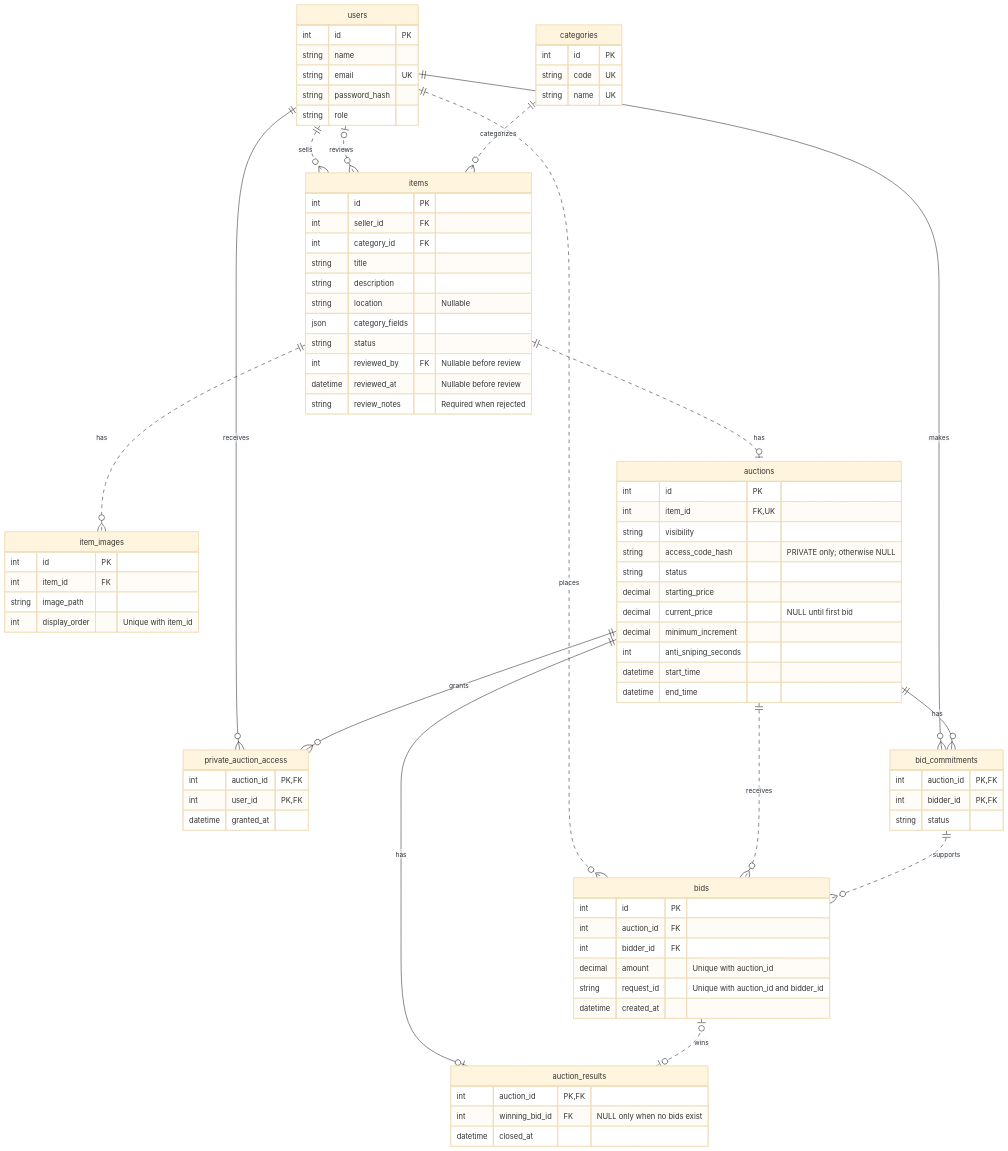
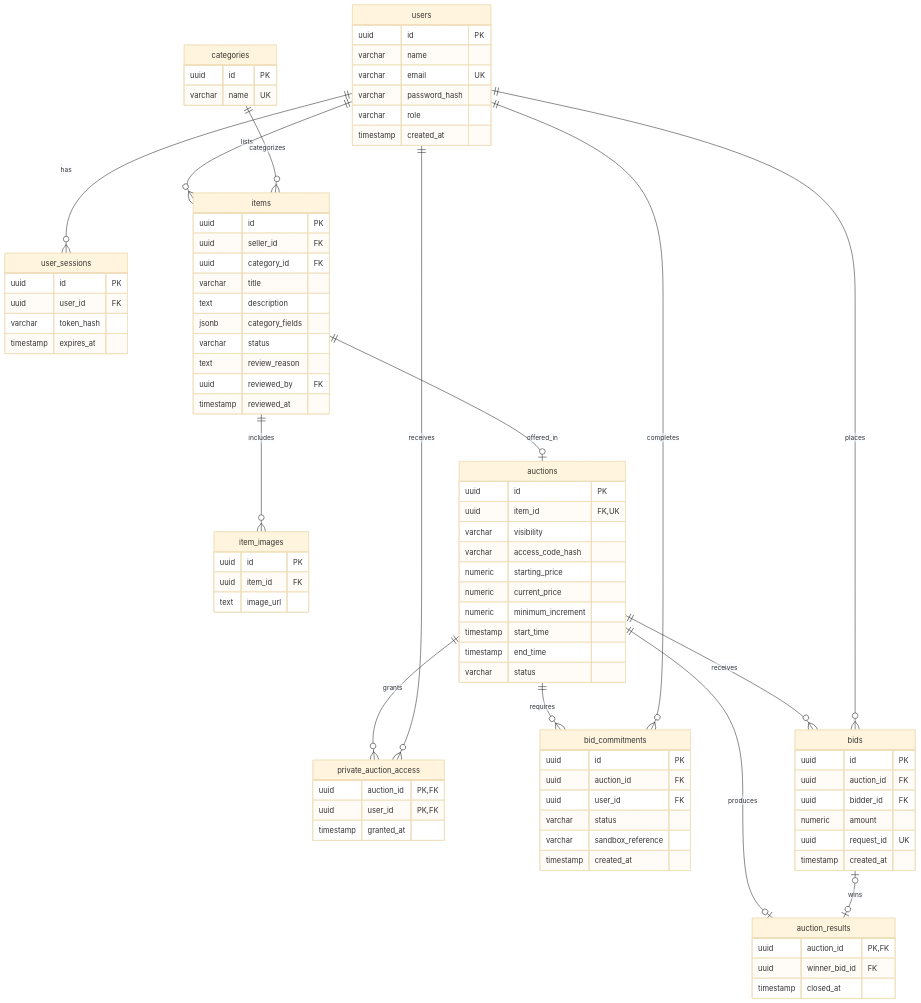
One commit to ghadi0alzhrani0/testing-mz changed the third of 8 diagrams in Stage_3/Report.MD. Above: the diagram before and after it, drawn with Mermaid (base theme). The commit also changed other lines of this file, not shown here.

````diff
--- a/Stage_3/Report.MD
+++ b/Stage_3/Report.MD
@@ -274,85 +187,99 @@
 ```mermaid
 erDiagram
     users {
-        int id PK
-        string name
-        string email UK
-        string password_hash
-        string role
-    }
-    categories {
-        int id PK
-        string code UK
-        string name UK
-    }
-    items {
-        int id PK
-        int seller_id FK
-        int category_id FK
-        string title
-        string description
-        string location "Nullable"
-        json category_fields
-        string status
-        int reviewed_by FK "Nullable before review"
-        datetime reviewed_at "Nullable before review"
-        string review_notes "Required when rejected"
-    }
-    item_images {
-        int id PK
-        int item_id FK
-        string image_path
-        int display_order "Unique with item_id"
-    }
-    auctions {
-        int id PK
-        int item_id FK, UK
-        string visibility
-        string access_code_hash "PRIVATE only; otherwise NULL"
-        string status
-        decimal starting_price
-        decimal current_price "NULL until first bid"
-        decimal minimum_increment
-        int anti_sniping_seconds
-        datetime start_time
-        datetime end_time
-    }
-    private_auction_access {
-        int auction_id PK, FK
-        int user_id PK, FK
-        datetime granted_at
-    }
-    bid_commitments {
-        int auction_id PK, FK
-        int bidder_id PK, FK
-        string status
-    }
-    bids {
-        int id PK
-        int auction_id FK
-        int bidder_id FK
-        decimal amount "Unique with auction_id"
-        string request_id "Unique with auction_id and bidder_id"
-        datetime created_at
-    }
-    auction_results {
-        int auction_id PK, FK
-        int winning_bid_id FK "NULL only when no bids exist"
-        datetime closed_at
+        uuid id PK
+        varchar name
+        varchar email UK
+        varchar password_hash
+        varchar role
+        timestamp created_at
     }
 
-    users ||..o{ items : sells
-    users |o..o{ items : reviews
-    categories ||..o{ items : categorizes
-    items ||..o{ item_images : has
-    items ||..o| auctions : has
+    user_sessions {
+        uuid id PK
+        uuid user_id FK
+        varchar token_hash
+        timestamp expires_at
+    }
+
+    categories {
+        uuid id PK
+        varchar name UK
+    }
+
+    items {
+        uuid id PK
+        uuid seller_id FK
+        uuid category_id FK
+        varchar title
+        text description
+        jsonb category_fields
+        varchar status
+        text review_reason
+        uuid reviewed_by FK
+        timestamp reviewed_at
+    }
+
+    item_images {
+        uuid id PK
+        uuid item_id FK
+        text image_url
+    }
+
+    auctions {
+        uuid id PK
+        uuid item_id FK,UK
+        varchar visibility
+        varchar access_code_hash
+        numeric starting_price
+        numeric current_price
+        numeric minimum_increment
+        timestamp start_time
+        timestamp end_time
+        varchar status
+    }
+
+    private_auction_access {
+        uuid auction_id PK,FK
+        uuid user_id PK,FK
+        timestamp granted_at
+    }
+
+    bid_commitments {
+        uuid id PK
+        uuid auction_id FK
+        uuid user_id FK
+        varchar status
+        varchar sandbox_reference
+        timestamp created_at
+    }
+
+    bids {
+        uuid id PK
+        uuid auction_id FK
+        uuid bidder_id FK
+        numeric amount
+        uuid request_id UK
+        timestamp created_at
+    }
+
+    auction_results {
+        uuid auction_id PK,FK
+        uuid winner_bid_id FK
+        timestamp closed_at
+    }
+
+    users ||--o{ user_sessions : has
+    users ||--o{ items : lists
+    categories ||--o{ items : categorizes
+    items ||--o{ item_images : includes
+    items ||--o| auctions : offered_in
+    auctions ||--o{ private_auction_access : grants
     users ||--o{ private_auction_access : receives
-    auctions ||--o{ private_auction_access : grants
-    users ||--o{ bid_commitments : makes
-    auctions ||--o{ bid_commitments : has
-    users ||..o{ bids : places
-    auctions ||..o{ bids : receives
-    bid_commitments ||..o{ bids : supports
-    auctions ||--o| auction_results : has
-    bids |o..o| auction_results : wins
+    auctions ||--o{ bid_commitments : requires
+    users ||--o{ bid_commitments : completes
+    auctions ||--o{ bids : receives
+    users ||--o{ bids : places
+    auctions ||--o| auction_results : produces
+    bids |o--o| auction_results : wins
 ```
````
